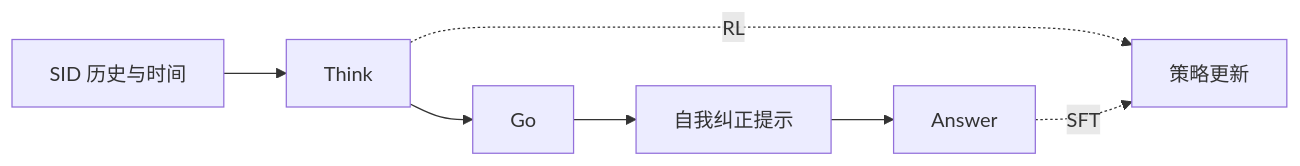
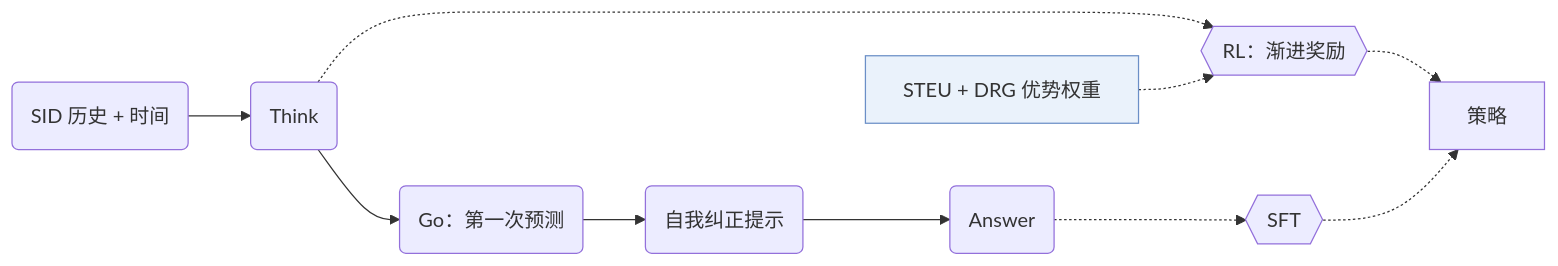
Before and after one commit to Galaxy-ghost/Awesome-SID-Generative-Rec: the diagram in notes/zh/think2go.md, drawn with Mermaid. The commit also changed 521 other files, not shown here.

Commit message:
writer-04 part 3: algorithm diagrams with shared shape conventions, README hero and paper cards, archive removed

````diff
--- a/notes/zh/think2go.md
+++ b/notes/zh/think2go.md
@@ -7,9 +7,13 @@
 ```mermaid
 flowchart LR
-    A[SID 历史与时间] --> B[Think]
-    B --> C[Go]
-    C --> D[自我纠正提示]
-    D --> E[Answer]
-    B -. RL .-> F[策略更新]
-    E -. SFT .-> F
+    A("SID 历史 + 时间") --> B("Think")
+    B --> C("Go：第一次预测")
+    C --> D("自我纠正提示")
+    D --> E("Answer")
+    B -.-> L1{{"RL：渐进奖励"}}
+    E -.-> L2{{"SFT"}}
+    L1 -.-> P["策略"]
+    L2 -.-> P
+    W["STEU + DRG 优势权重"]:::key -.-> L1
+    classDef key fill:#eaf2fb,stroke:#6b8fc7
 ```
````
